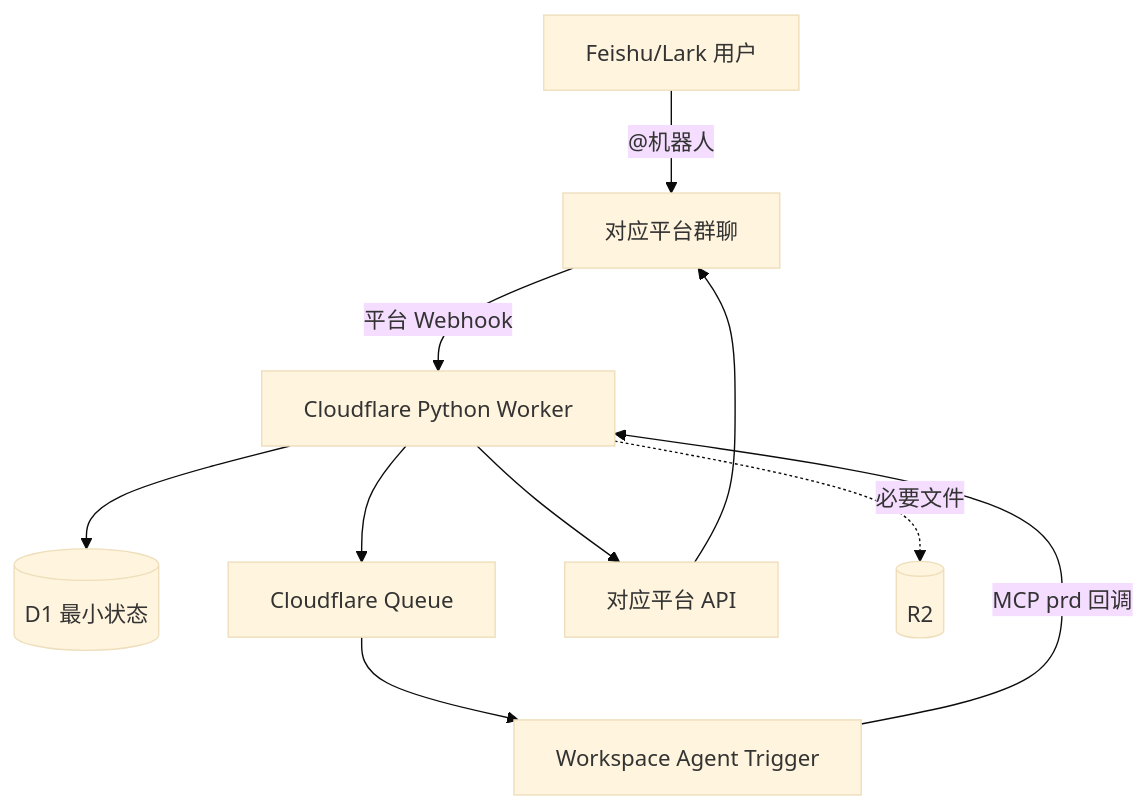
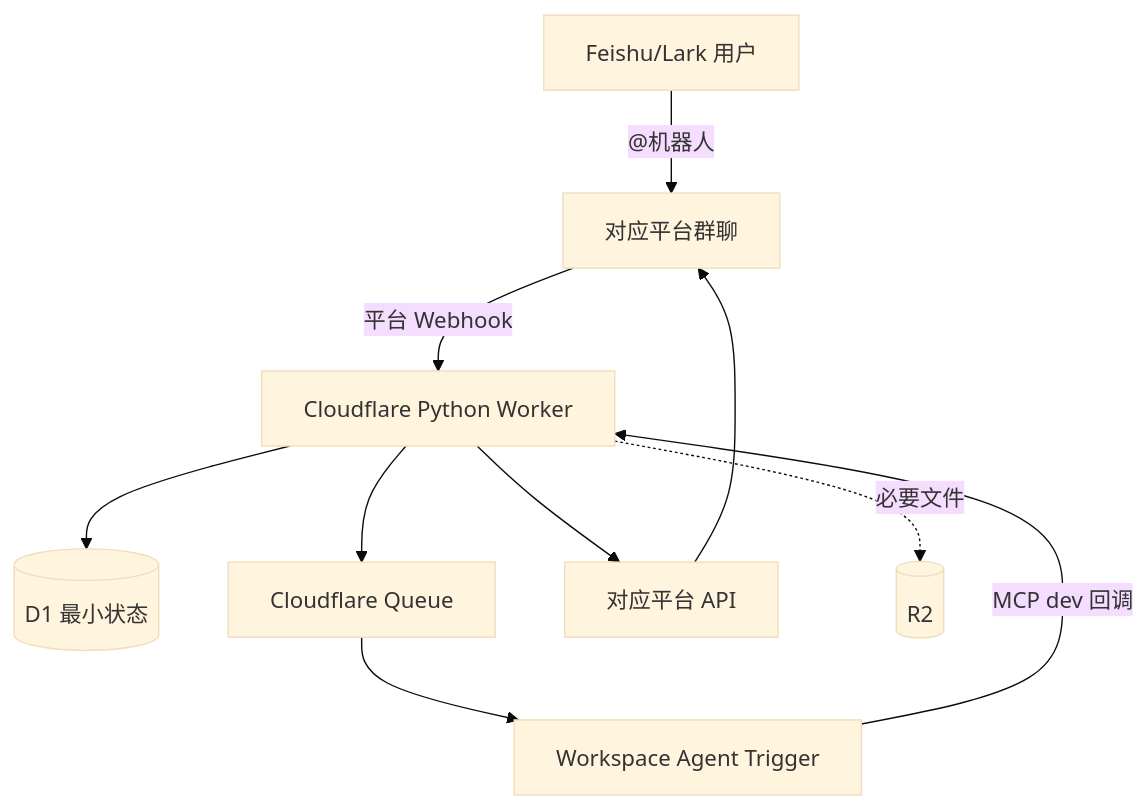
Before and after one commit to Ashuai321/feishu2agent_dev: the diagram in README.md, drawn with Mermaid (base theme).

Commit message:
docs: label MCP callback as dev

````diff
--- a/README.md
+++ b/README.md
@@ -10,12 +10,12 @@
 ```mermaid
 flowchart TD
     U[Feishu/Lark 用户] -->|"@机器人"| F[对应平台群聊]
     F -->|平台 Webhook| W[Cloudflare Python Worker]
     W --> D1[(D1 最小状态)]
     W --> Q[Cloudflare Queue]
     Q --> A[Workspace Agent Trigger]
-    A -->|MCP prd 回调| W
+    A -->|MCP dev 回调| W
     W --> API[对应平台 API]
     W -.必要文件.-> R2[(R2)]
     API --> F
 ```
````
